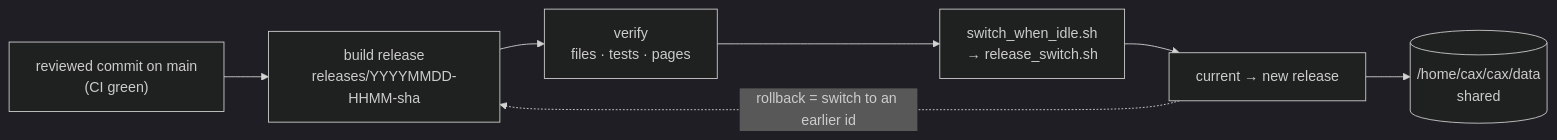
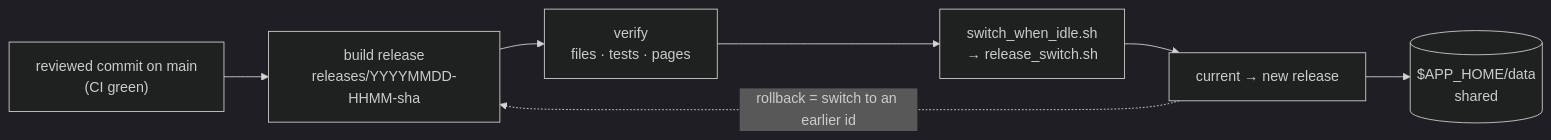
One commit to vyahello/cyberalertx changed the second of 2 diagrams in README.md. Above: the diagram before and after it, drawn with Mermaid (dark theme). The commit also changed other lines of this file and 26 other files, not shown here.

````diff
--- a/README.md
+++ b/README.md
@@ -256,9 +256,9 @@
 ```mermaid
 flowchart LR
   C["reviewed commit on main<br/>(CI green)"] --> B["build release<br/>releases/YYYYMMDD-HHMM-sha"]
   B --> V["verify<br/>files · tests · pages"]
   V --> S["switch_when_idle.sh<br/>→ release_switch.sh"]
   S --> CUR["current → new release"]
-  CUR --> D[("/home/cax/cax/data<br/>shared")]
+  CUR --> D[("$APP_HOME/data<br/>shared")]
   CUR -. "rollback = switch to an earlier id" .-> B
 ```
````
